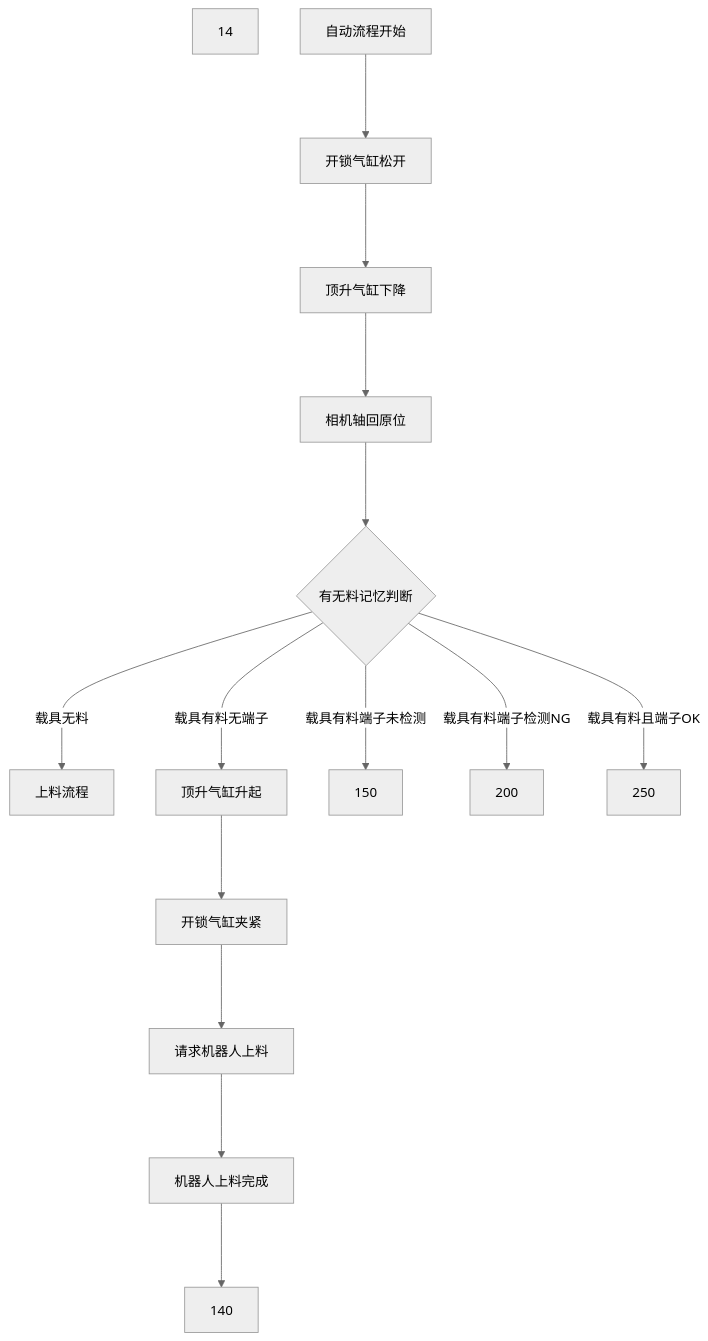
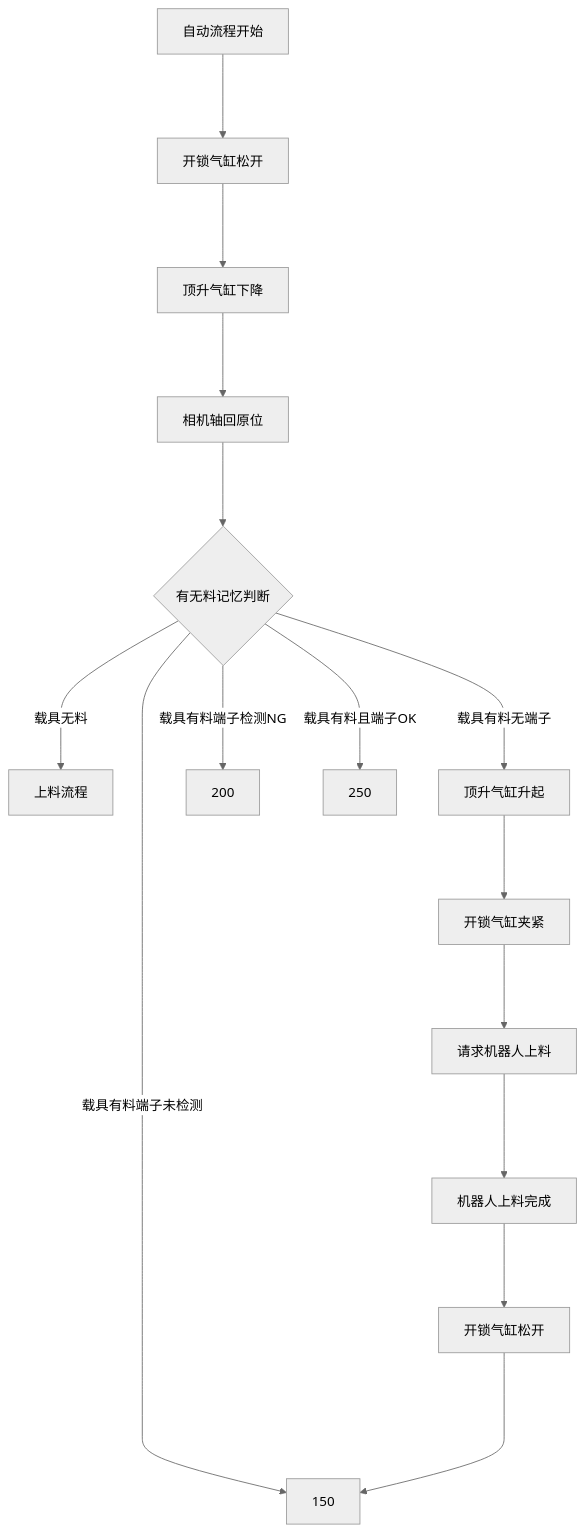
One commit to zmq000/iodraw-files changed the diagram in all/OP70工位4左端子上料.md. Above: the diagram before and after it, drawn with Mermaid (neutral theme).

Commit message:
2026-06-17 17:28:35 update

````diff
--- a/all/OP70工位4左端子上料.md
+++ b/all/OP70工位4左端子上料.md
@@ -1,18 +1,18 @@
 ```mermaid
 graph TD
 自动流程开始--->10
 10[开锁气缸松开]--->20
 20[顶升气缸下降]--->30
 30[相机轴回原位]--->40
 40{有无料记忆判断}--->|载具无料|50
 40--->|载具有料无端子|100
 40--->|载具有料端子未检测|150
 40--->|载具有料端子检测NG|200
 40--->|载具有料且端子OK|250
 50[上料流程]
 100[顶升气缸升起]--->110
 110[开锁气缸夹紧]--->120
 120[请求机器人上料]--->130
 130[机器人上料完成]--->140
-14
+140[开锁气缸松开]---->150
 ```
````
